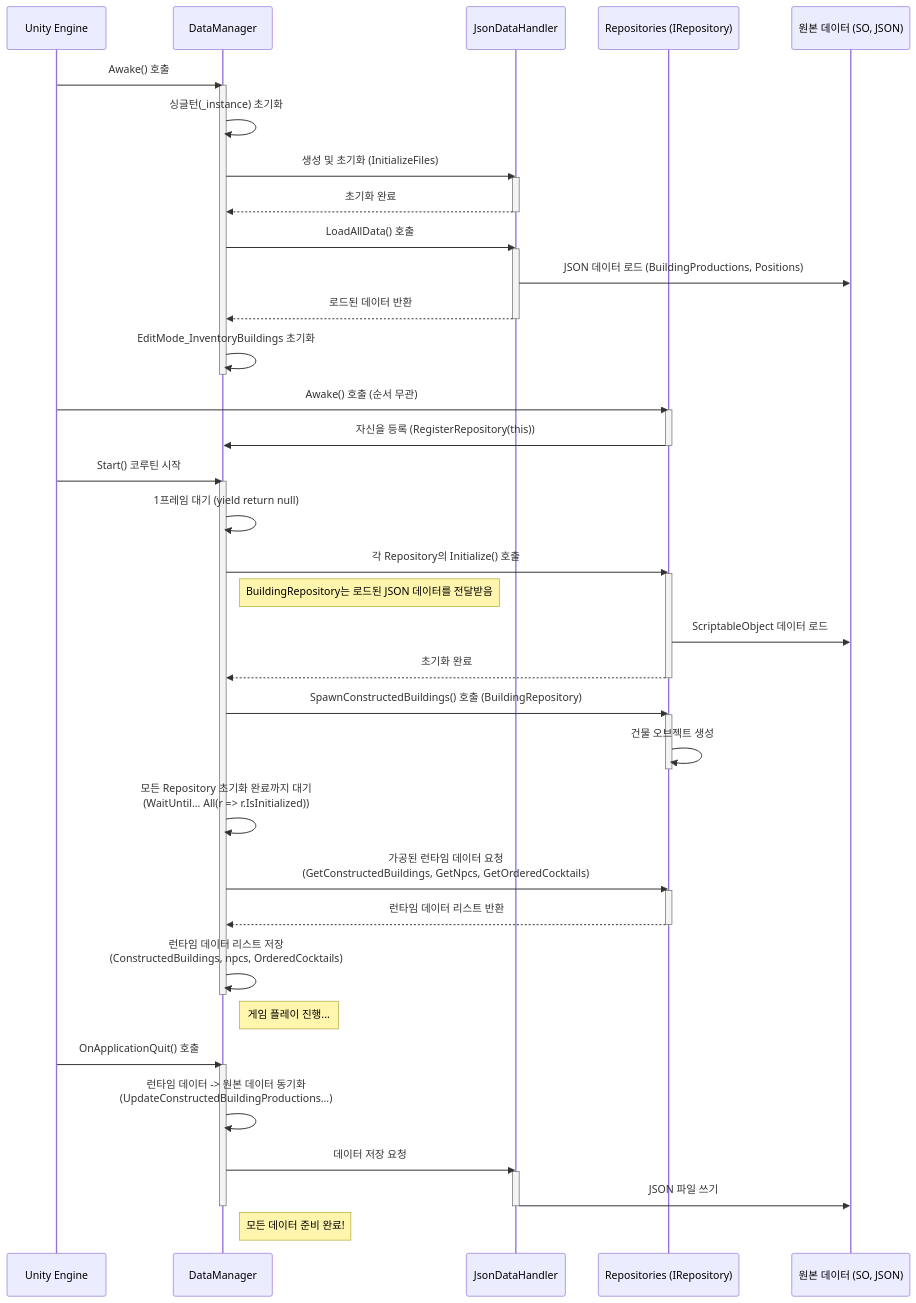
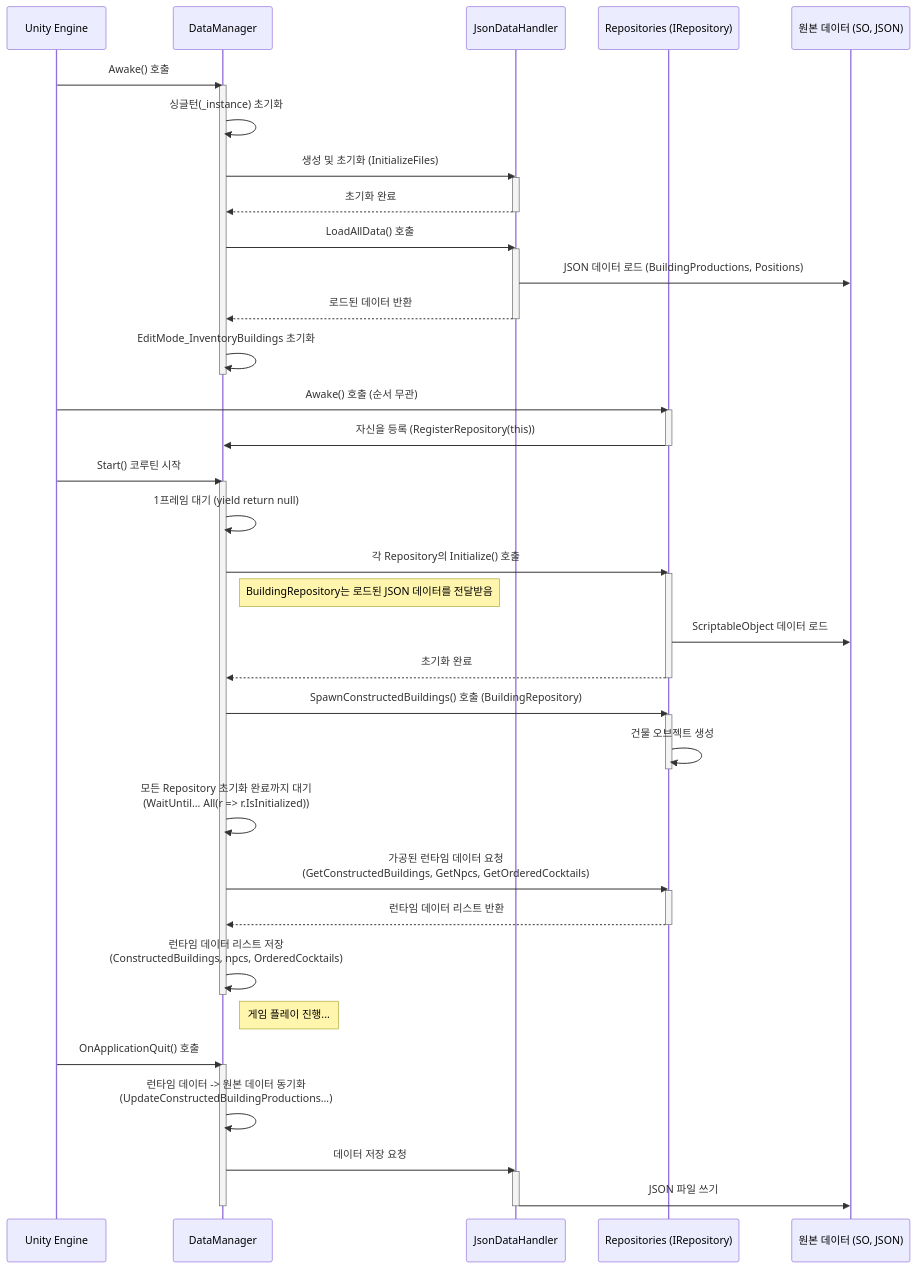
One commit to hashtag-raccoon/Blood-On-the-Rock changed the diagram in Assets/Scripts/Merge/datamanager.mmd. Above: the diagram before and after it, drawn with Mermaid. The commit also changed 3881 other files, not shown here.

```diff
--- a/Assets/Scripts/Merge/datamanager.mmd
+++ b/Assets/Scripts/Merge/datamanager.mmd
@@ -1,67 +1,65 @@
 sequenceDiagram
     participant UnityEngine as Unity Engine
     participant DataManager
     participant JsonDataHandler
     participant Repositories as Repositories (IRepository)
     participant SO_JSON as 원본 데이터 (SO, JSON)
 
     UnityEngine->>DataManager: Awake() 호출
     activate DataManager
     DataManager->>DataManager: 싱글턴(_instance) 초기화
     DataManager->>JsonDataHandler: 생성 및 초기화 (InitializeFiles)
     activate JsonDataHandler
     JsonDataHandler-->>DataManager: 초기화 완료
     deactivate JsonDataHandler
     
     DataManager->>JsonDataHandler: LoadAllData() 호출
     activate JsonDataHandler
     JsonDataHandler->>SO_JSON: JSON 데이터 로드 (BuildingProductions, Positions)
     JsonDataHandler-->>DataManager: 로드된 데이터 반환
     deactivate JsonDataHandler
     
     DataManager->>DataManager: EditMode_InventoryBuildings 초기화
     deactivate DataManager
 
     UnityEngine->>Repositories: Awake() 호출 (순서 무관)
     activate Repositories
     Repositories->>DataManager: 자신을 등록 (RegisterRepository(this))
     deactivate Repositories
 
     UnityEngine->>DataManager: Start() 코루틴 시작
     activate DataManager
     DataManager->>DataManager: 1프레임 대기 (yield return null)
 
     DataManager->>Repositories: 각 Repository의 Initialize() 호출
     activate Repositories
     Note right of DataManager: BuildingRepository는 로드된 JSON 데이터를 전달받음
     Repositories->>SO_JSON: ScriptableObject 데이터 로드
     Repositories-->>DataManager: 초기화 완료
     deactivate Repositories
 
     DataManager->>Repositories: SpawnConstructedBuildings() 호출 (BuildingRepository)
     activate Repositories
     Repositories->>Repositories: 건물 오브젝트 생성
     deactivate Repositories
 
     DataManager->>DataManager: 모든 Repository 초기화 완료까지 대기<br/>(WaitUntil... All(r => r.IsInitialized))
     
     DataManager->>Repositories: 가공된 런타임 데이터 요청<br/>(GetConstructedBuildings, GetNpcs, GetOrderedCocktails)
     activate Repositories
     Repositories-->>DataManager: 런타임 데이터 리스트 반환
     deactivate Repositories
     
     DataManager->>DataManager: 런타임 데이터 리스트 저장<br/>(ConstructedBuildings, npcs, OrderedCocktails)
     deactivate DataManager
 
     Note right of DataManager: 게임 플레이 진행...
 
     UnityEngine->>DataManager: OnApplicationQuit() 호출
     activate DataManager
     DataManager->>DataManager: 런타임 데이터 -> 원본 데이터 동기화<br/>(UpdateConstructedBuildingProductions...)
     DataManager->>JsonDataHandler: 데이터 저장 요청
     activate JsonDataHandler
     JsonDataHandler->>SO_JSON: JSON 파일 쓰기
     deactivate JsonDataHandler
     deactivate DataManager
-
-    Note right of DataManager: 모든 데이터 준비 완료!
```
